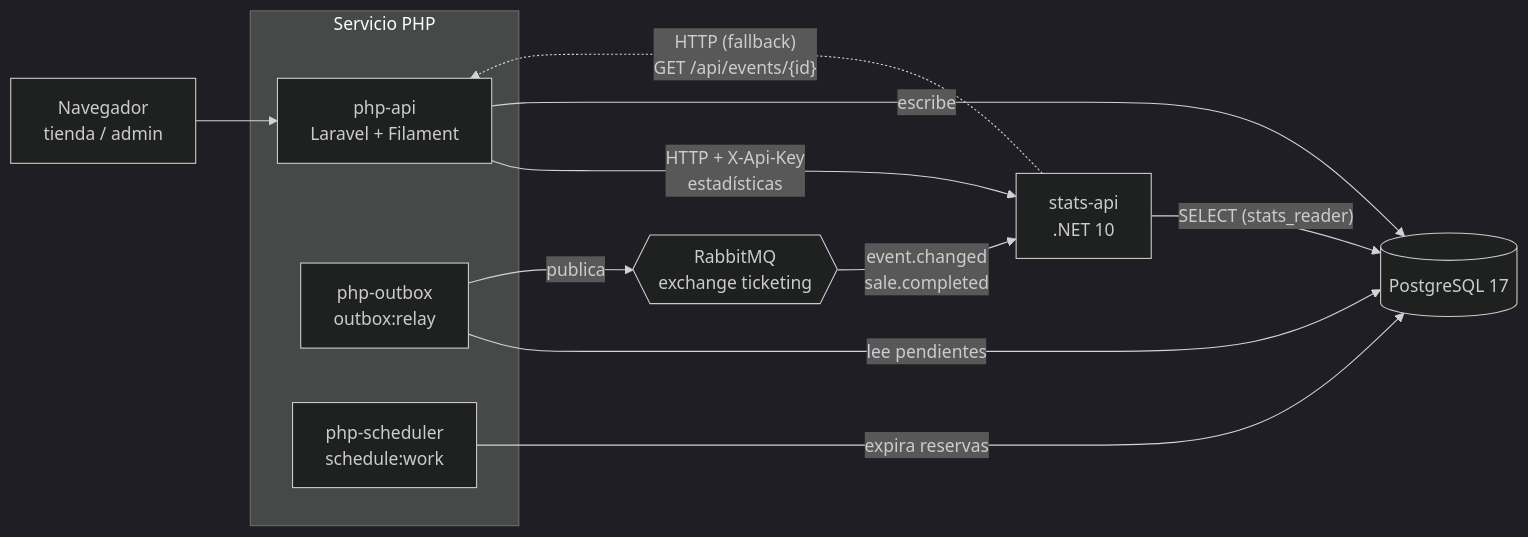
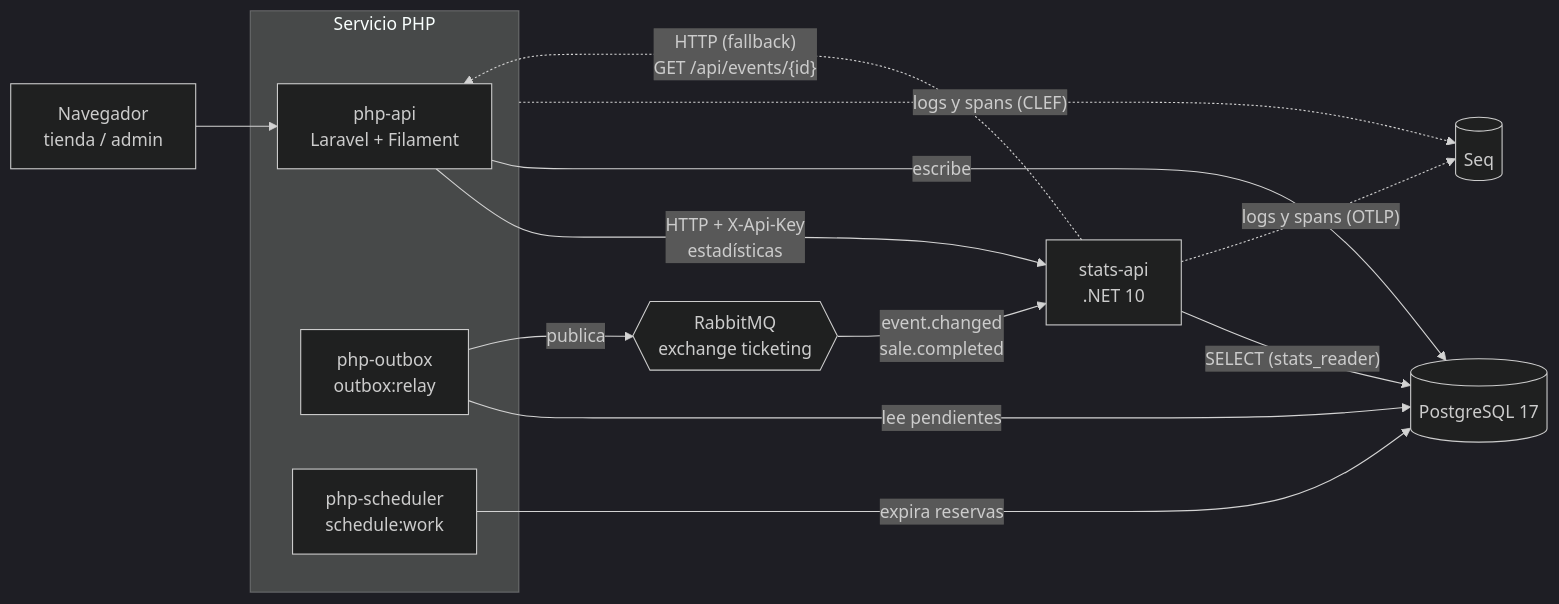
The diagram in README.md (AlbieriGarcia/ticketing-system), drawn with Mermaid (dark theme) before and after one commit. The commit also changed other lines of this file, not shown here.

````diff
--- a/README.md
+++ b/README.md
@@ -71,20 +73,23 @@
 ```mermaid
 flowchart LR
     browser["Navegador<br/>tienda / admin"] --> php
 
     subgraph php_side["Servicio PHP"]
         php["php-api<br/>Laravel + Filament"]
         outbox["php-outbox<br/>outbox:relay"]
         scheduler["php-scheduler<br/>schedule:work"]
     end
 
     php -- "HTTP + X-Api-Key<br/>estadísticas" --> stats["stats-api<br/>.NET 10"]
     stats -. "HTTP (fallback)<br/>GET /api/events/{id}" .-> php
 
     php -- "escribe" --> pg[("PostgreSQL 17")]
     scheduler -- "expira reservas" --> pg
     outbox -- "lee pendientes" --> pg
     outbox -- "publica" --> mq{{"RabbitMQ<br/>exchange ticketing"}}
     mq -- "event.changed<br/>sale.completed" --> stats
     stats -- "SELECT (stats_reader)" --> pg
+
+    php_side -. "logs y spans (CLEF)" .-> seq[("Seq")]
+    stats -. "logs y spans (OTLP)" .-> seq
 ```
````
